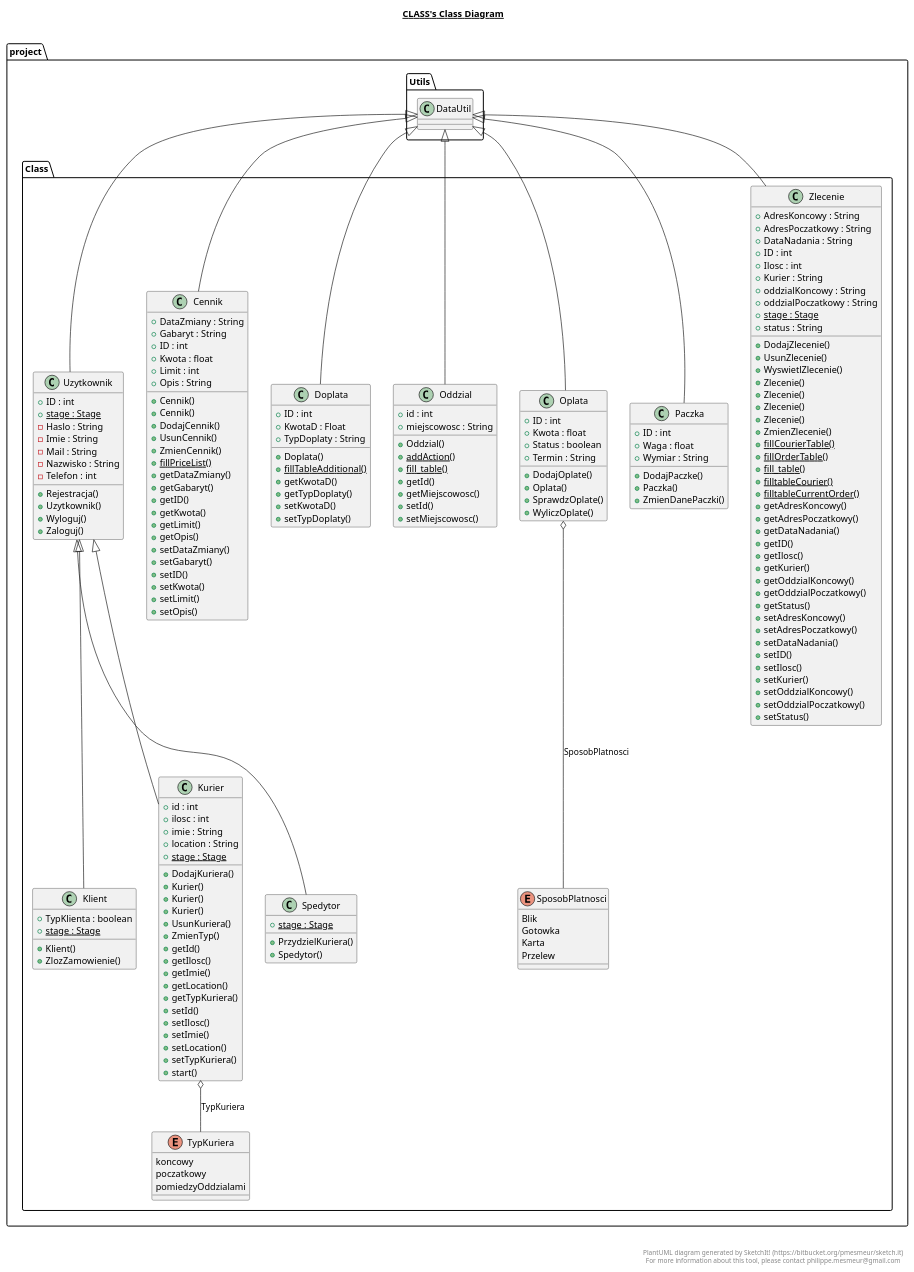
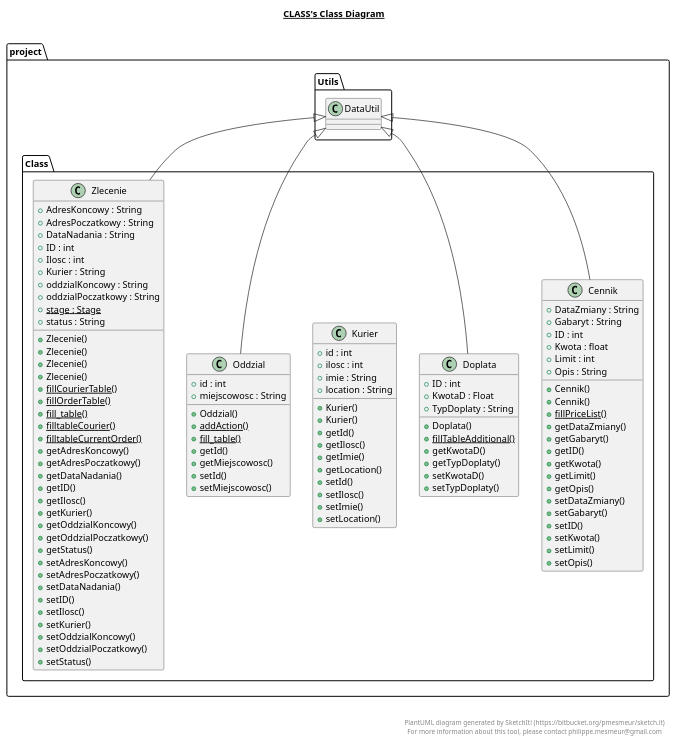
One commit to kplusa/Firma-Transportowa changed the diagram in src/project/Class/Class.plantuml. Above: the diagram before and after it, drawn with PlantUML. The commit also changed 38 other files, not shown here.

```diff
--- a/src/project/Class/Class.plantuml
+++ b/src/project/Class/Class.plantuml
@@ -13,9 +13,6 @@
           + Opis : String
           + Cennik()
           + Cennik()
-          + DodajCennik()
-          + UsunCennik()
-          + ZmienCennik()
           {static} + fillPriceList()
           + getDataZmiany()
           + getGabaryt()
@@ -53,41 +50,21 @@
 
   namespace project {
     namespace Class {
-      class project.Class.Klient {
-          + TypKlienta : boolean
-          {static} + stage : Stage
-          + Klient()
-          + ZlozZamowienie()
-      }
-    }
-  }
-  
-
-  namespace project {
-    namespace Class {
       class project.Class.Kurier {
           + id : int
           + ilosc : int
           + imie : String
           + location : String
-          {static} + stage : Stage
-          + DodajKuriera()
           + Kurier()
           + Kurier()
-          + Kurier()
-          + UsunKuriera()
-          + ZmienTyp()
           + getId()
           + getIlosc()
           + getImie()
           + getLocation()
-          + getTypKuriera()
           + setId()
           + setIlosc()
           + setImie()
           + setLocation()
-          + setTypKuriera()
-          + start()
       }
     }
   }
@@ -112,89 +89,6 @@
 
   namespace project {
     namespace Class {
-      class project.Class.Oplata {
-          + ID : int
-          + Kwota : float
-          + Status : boolean
-          + Termin : String
-          + DodajOplate()
-          + Oplata()
-          + SprawdzOplate()
-          + WyliczOplate()
-      }
-    }
-  }
-  
-
-  namespace project {
-    namespace Class {
-      class project.Class.Paczka {
-          + ID : int
-          + Waga : float
-          + Wymiar : String
-          + DodajPaczke()
-          + Paczka()
-          + ZmienDanePaczki()
-      }
-    }
-  }
-  
-
-  namespace project {
-    namespace Class {
-      class project.Class.Spedytor {
-          {static} + stage : Stage
-          + PrzydzielKuriera()
-          + Spedytor()
-      }
-    }
-  }
-  
-
-  namespace project {
-    namespace Class {
-      enum SposobPlatnosci {
-        Blik
-        Gotowka
-        Karta
-        Przelew
-      }
-    }
-  }
-  
-
-  namespace project {
-    namespace Class {
-      enum TypKuriera {
-        koncowy
-        poczatkowy
-        pomiedzyOddzialami
-      }
-    }
-  }
-  
-
-  namespace project {
-    namespace Class {
-      class project.Class.Uzytkownik {
-          + ID : int
-          {static} + stage : Stage
-          - Haslo : String
-          - Imie : String
-          - Mail : String
-          - Nazwisko : String
-          - Telefon : int
-          + Rejestracja()
-          + Uzytkownik()
-          + Wyloguj()
-          + Zaloguj()
-      }
-    }
-  }
-  
-
-  namespace project {
-    namespace Class {
       class project.Class.Zlecenie {
           + AdresKoncowy : String
           + AdresPoczatkowy : String
@@ -206,14 +100,10 @@
           + oddzialPoczatkowy : String
           {static} + stage : Stage
           + status : String
-          + DodajZlecenie()
-          + UsunZlecenie()
-          + WyswietlZlecenie()
           + Zlecenie()
           + Zlecenie()
           + Zlecenie()
           + Zlecenie()
-          + ZmienZlecenie()
           {static} + fillCourierTable()
           {static} + fillOrderTable()
           {static} + fill_table()
@@ -244,15 +134,7 @@
 
   project.Class.Cennik -up-|> project.Utils.DataUtil
   project.Class.Doplata -up-|> project.Utils.DataUtil
-  project.Class.Klient -up-|> project.Class.Uzytkownik
-  project.Class.Kurier -up-|> project.Class.Uzytkownik
-  project.Class.Kurier o-- project.Class.TypKuriera : TypKuriera
   project.Class.Oddzial -up-|> project.Utils.DataUtil
-  project.Class.Oplata -up-|> project.Utils.DataUtil
-  project.Class.Oplata o-- project.Class.SposobPlatnosci : SposobPlatnosci
-  project.Class.Paczka -up-|> project.Utils.DataUtil
-  project.Class.Spedytor -up-|> project.Class.Uzytkownik
-  project.Class.Uzytkownik -up-|> project.Utils.DataUtil
   project.Class.Zlecenie -up-|> project.Utils.DataUtil
 
 
```
